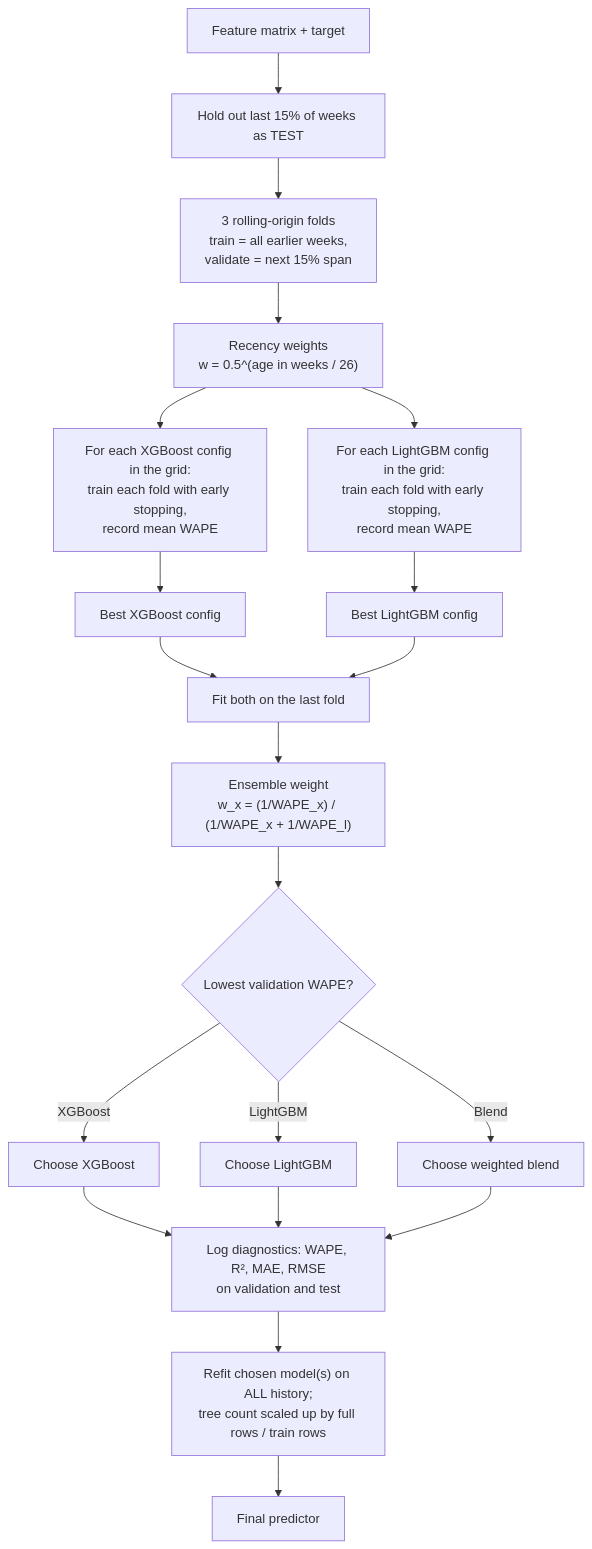
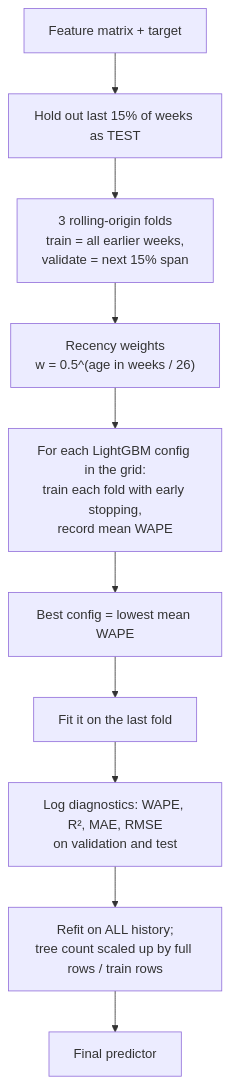
One commit to orlindatabase-lang/Demand-Forecasting changed diagram 12 of 27 in README.md. Above: the diagram before and after it, drawn with Mermaid. The commit also changed other lines of this file and 13 other files, not shown here.

````diff
--- a/README.md
+++ b/README.md
@@ -585,22 +583,12 @@
 ```mermaid
 flowchart TD
     A["Feature matrix + target"] --> B["Hold out last 15% of weeks as TEST"]
     B --> C["3 rolling-origin folds<br/>train = all earlier weeks,<br/>validate = next 15% span"]
     C --> D["Recency weights<br/>w = 0.5^(age in weeks / 26)"]
-    D --> E1["For each XGBoost config in the grid:<br/>train each fold with early stopping,<br/>record mean WAPE"]
-    D --> E2["For each LightGBM config in the grid:<br/>train each fold with early stopping,<br/>record mean WAPE"]
-    E1 --> F1["Best XGBoost config"]
-    E2 --> F2["Best LightGBM config"]
-    F1 --> G["Fit both on the last fold"]
-    F2 --> G
-    G --> H["Ensemble weight<br/>w_x = (1/WAPE_x) / (1/WAPE_x + 1/WAPE_l)"]
-    H --> I{"Lowest validation WAPE?"}
-    I -- XGBoost --> J["Choose XGBoost"]
-    I -- LightGBM --> J2["Choose LightGBM"]
-    I -- Blend --> J3["Choose weighted blend"]
-    J --> K["Log diagnostics: WAPE, R², MAE, RMSE<br/>on validation and test"]
-    J2 --> K
-    J3 --> K
-    K --> L["Refit chosen model(s) on ALL history;<br/>tree count scaled up by full rows / train rows"]
+    D --> E["For each LightGBM config in the grid:<br/>train each fold with early stopping,<br/>record mean WAPE"]
+    E --> F["Best config = lowest mean WAPE"]
+    F --> G["Fit it on the last fold"]
+    G --> K["Log diagnostics: WAPE, R², MAE, RMSE<br/>on validation and test"]
+    K --> L["Refit on ALL history;<br/>tree count scaled up by full rows / train rows"]
     L --> M["Final predictor"]
 ```
````
